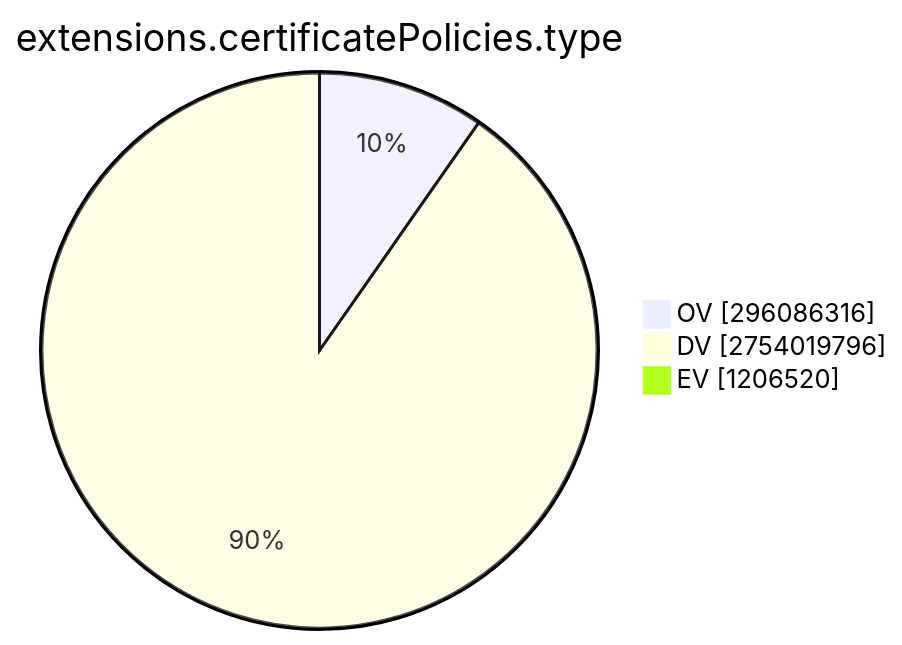
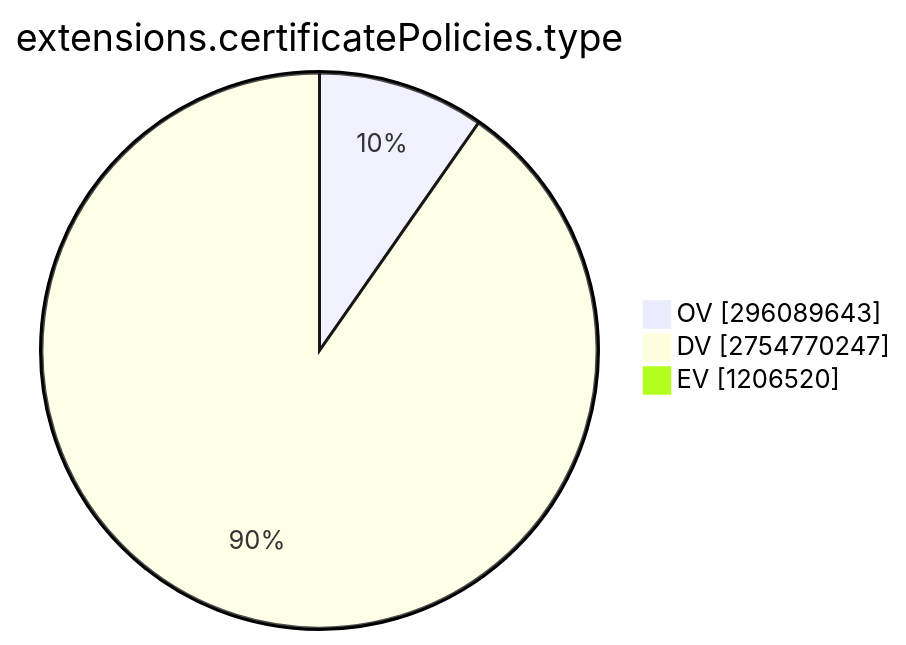
The ninth of 15 diagrams in TOTAL/README.md (christiankrug/ctmonitor_visualization), drawn with Mermaid before and after one commit. The commit also changed other lines of this file, not shown here.

````diff
--- a/TOTAL/README.md
+++ b/TOTAL/README.md
@@ -3099,7 +3099,7 @@
 ```mermaid
 pie showData
 title extensions.certificatePolicies.type
-"OV" :296086316
-"DV" :2754019796
+"OV" :296089643
+"DV" :2754770247
 "EV" :1206520
 ```
````
